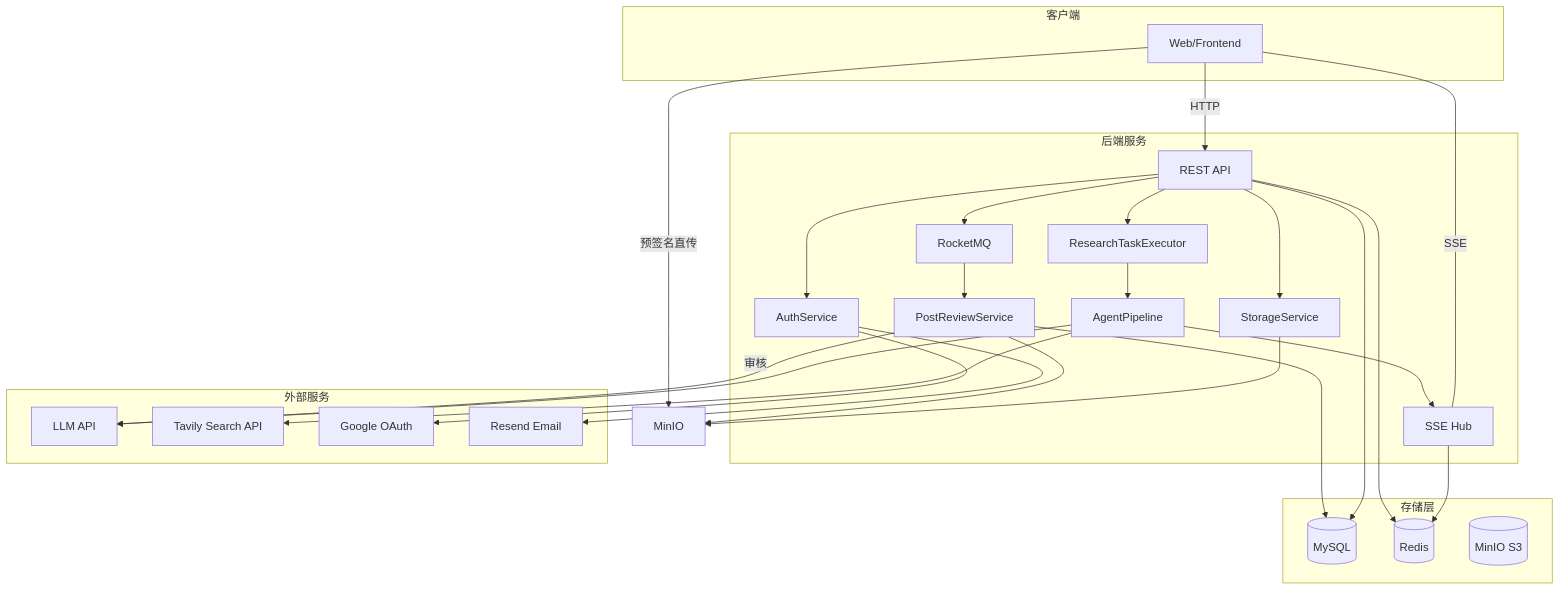
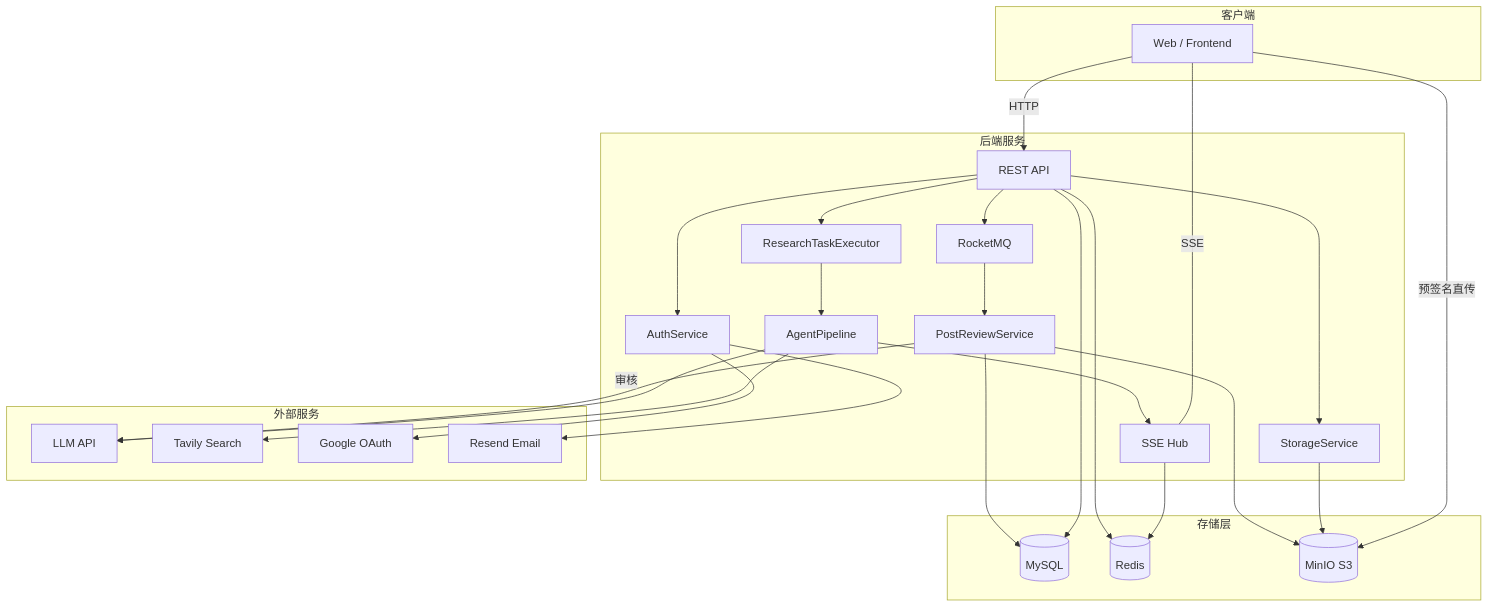
Before and after one commit to haotangyuan/KnowNote: the first of 6 diagrams in README.md, drawn with Mermaid. The commit also changed other lines of this file, not shown here.

````diff
--- a/README.md
+++ b/README.md
@@ -18,52 +31,52 @@
 ```mermaid
 flowchart TB
     subgraph Client[客户端]
-        FE[Web/Frontend]
+        FE[Web / Frontend]
     end
 
     subgraph Backend[后端服务]
         API[REST API]
         SSE[SSE Hub]
         Queue[ResearchTaskExecutor]
         Pipeline[AgentPipeline]
         MQ[RocketMQ]
         Review[PostReviewService]
         StorageSvc[StorageService]
         Auth[AuthService]
     end
 
     subgraph External[外部服务]
         LLM[LLM API]
-        Tavily[Tavily Search API]
+        Tavily[Tavily Search]
         Google[Google OAuth]
         Resend[Resend Email]
     end
 
     subgraph Storage[存储层]
         MySQL[(MySQL)]
         Redis[(Redis)]
-        R2[(MinIO S3)]
+        MinIO[(MinIO S3)]
     end
 
     FE -->|HTTP| API
     FE ---|SSE| SSE
     FE -->|预签名直传| MinIO
     API --> Queue
     API --> MQ
     API --> StorageSvc
     API --> Auth
     Queue --> Pipeline
     Pipeline --> LLM
     Pipeline --> Tavily
     Pipeline --> SSE
     SSE --> Redis
     API --> MySQL
     API --> Redis
     StorageSvc --> MinIO
     Auth --> Google
     Auth --> Resend
     MQ --> Review
     Review -->|审核| LLM
     Review --> MySQL
     Review --> MinIO
 ```
````
